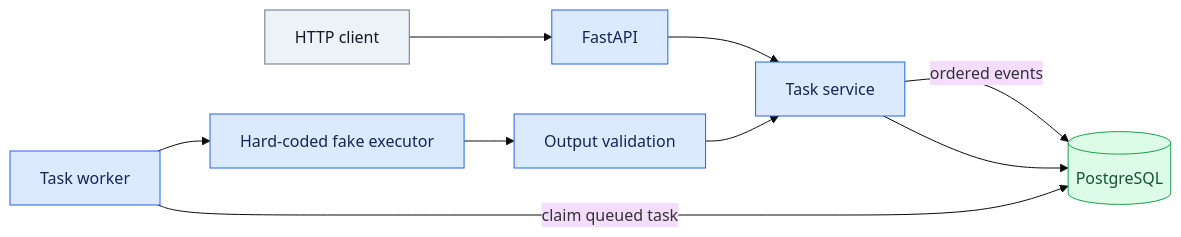
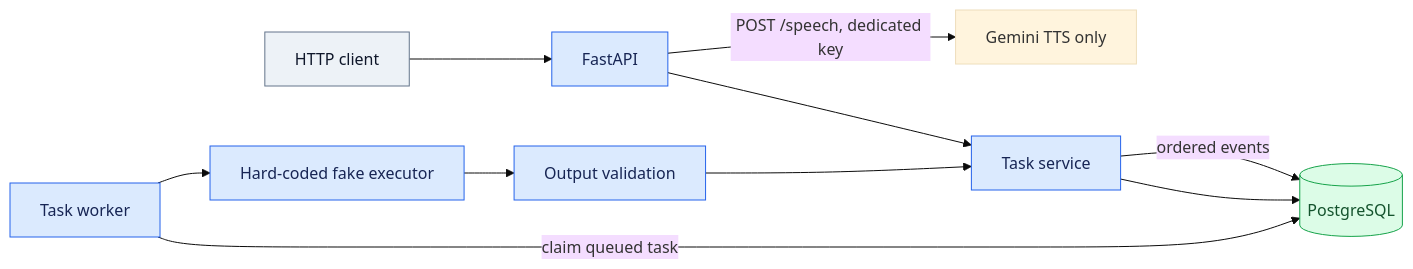
The first of 3 diagrams in docs/architecture.md (yuyangtj/personal_assistant), drawn with Mermaid (base theme) before and after one commit. The commit also changed other lines of this file and 36 other files, not shown here.

Commit message:
Add provider fallback and Gemini avatar speech

````diff
--- a/docs/architecture.md
+++ b/docs/architecture.md
@@ -5,18 +5,19 @@
 ```mermaid
 flowchart LR
     client[HTTP client] --> api[FastAPI]
     api --> service[Task service]
+    api -->|POST /speech, dedicated key| gemini[Gemini TTS only]
     service --> db[(PostgreSQL)]
     worker[Task worker] -->|claim queued task| db
     worker --> fake[Hard-coded fake executor]
     fake --> validation[Output validation]
     validation --> service
     service -->|ordered events| db
 
     classDef boundary fill:#edf2f7,stroke:#64748b,color:#0f172a
     classDef runtime fill:#dbeafe,stroke:#2563eb,color:#172554
     classDef persistence fill:#dcfce7,stroke:#16a34a,color:#14532d
     class client boundary
     class api,service,worker,fake,validation runtime
     class db persistence
 ```
````
